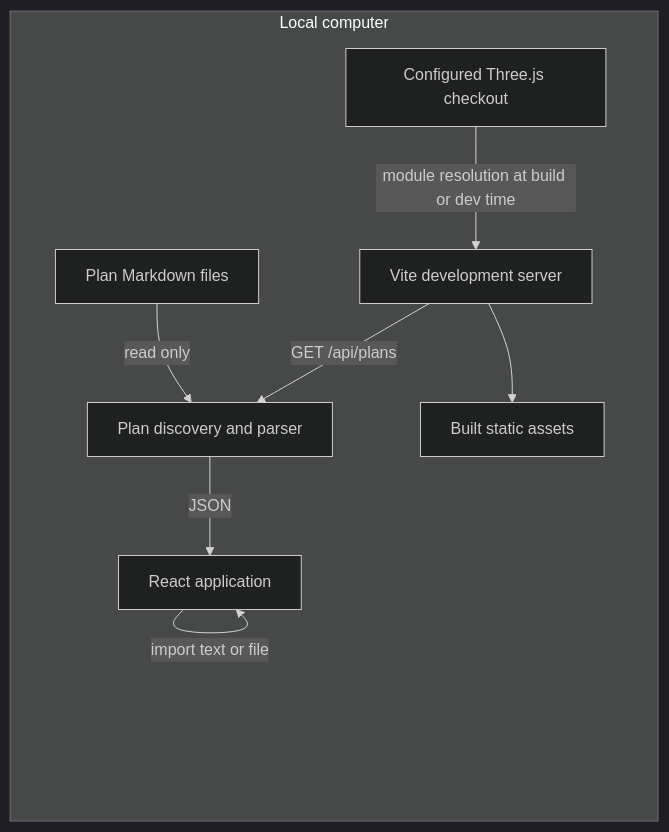
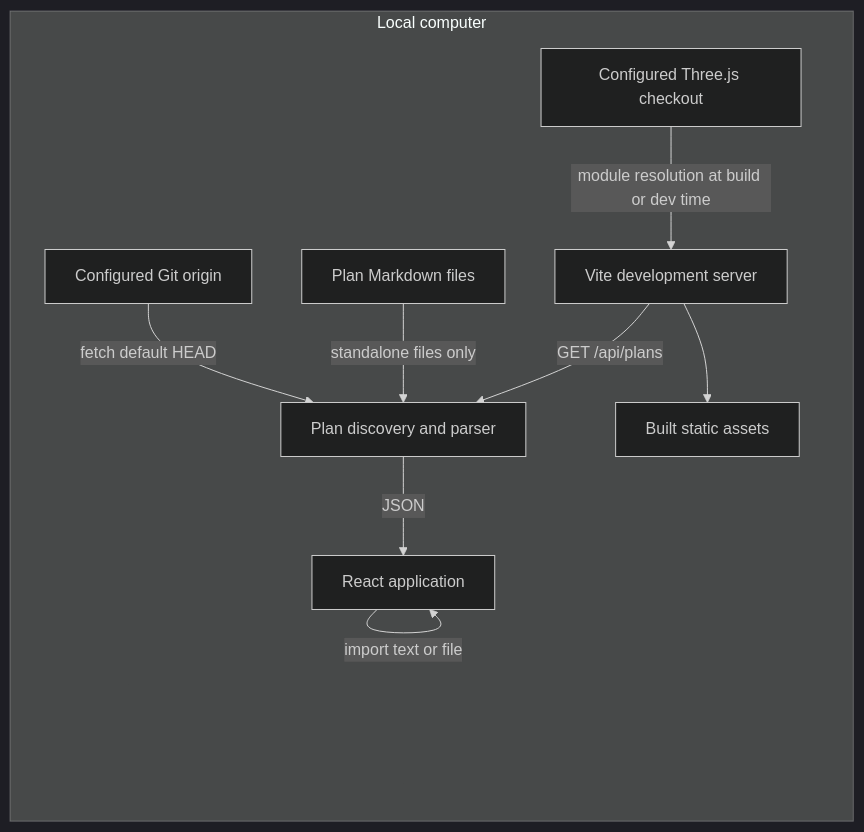
One commit to kazi-org/wazi changed the diagram in docs/architecture.md. Above: the diagram before and after it, drawn with Mermaid (dark theme). The commit also changed other lines of this file and 7 other files, not shown here.

Commit message:
Reconcile selections when origin removes plans

````diff
--- a/docs/architecture.md
+++ b/docs/architecture.md
@@ -7,17 +7,18 @@
 ```mermaid
 flowchart LR
   subgraph LocalComputer[Local computer]
     Plans[Plan Markdown files]
     Dev[Vite development server]
     Scanner[Plan discovery and parser]
     Browser[React application]
     Static[Built static assets]
     ThreeCheckout[Configured Three.js checkout]
-    Plans -->|read only| Scanner
+    Origin[Configured Git origin] -->|fetch default HEAD| Scanner
+    Plans -->|standalone files only| Scanner
     Dev -->|GET /api/plans| Scanner
     Scanner -->|JSON| Browser
     Browser -->|import text or file| Browser
     ThreeCheckout -->|module resolution at build or dev time| Dev
     Dev --> Static
   end
 ```
````
